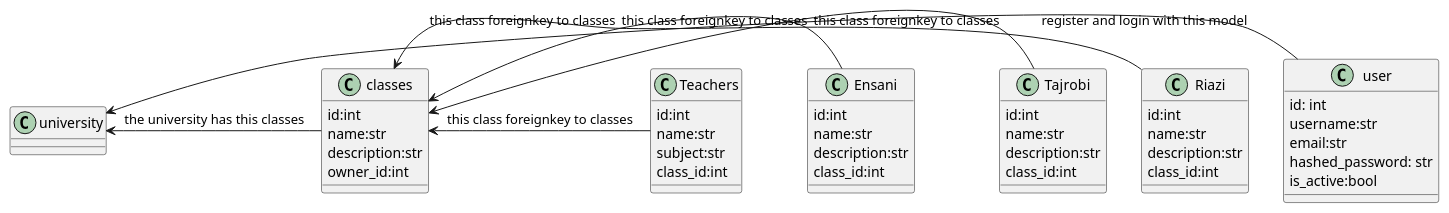
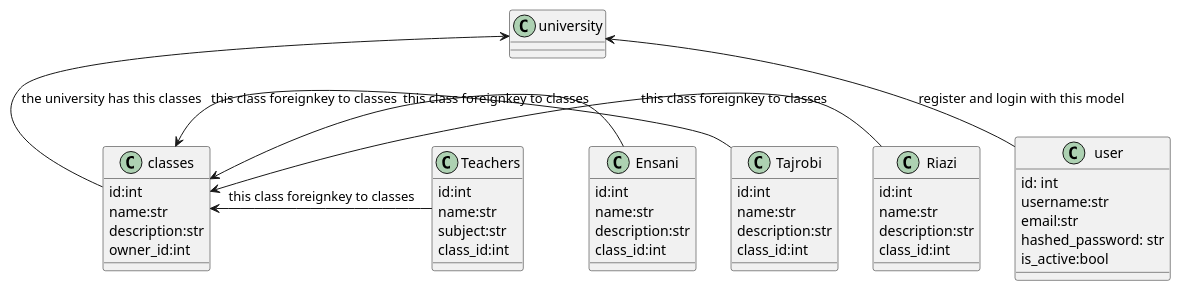
One commit to Ash-seah/university changed the diagram in university.plantuml. Above: the diagram before and after it, drawn with PlantUML. The commit also changed other lines of this file, not shown here.

Commit message:
update plantuml

```diff
--- a/university.plantuml
+++ b/university.plantuml
@@ -1,59 +1,59 @@
 @startuml
 
 class user{
     id: int
     username:str
     email:str
     hashed_password: str
     is_active:bool
 
 
 }
 class classes{
     id:int
     name:str
     description:str
     owner_id:int
 
 }
 
 class Riazi{
     id:int
     name:str
     description:str
     class_id:int
 
 }
 
 class Tajrobi{
     id:int
     name:str
     description:str
     class_id:int
     
 }
 class Ensani{
     id:int
     name:str
     description:str
     class_id:int
     
 }
 
 class Teachers{
     id:int
     name:str
     subject:str
     class_id:int
 
 }
 
-university <- user :register and login with this model
-university <- classes : the university has this classes
+university <-- user :register and login with this model
+university <-- classes : the university has this classes
 classes <- Riazi : this class foreignkey to classes
 classes <- Tajrobi : this class foreignkey to classes
 classes <- Ensani : this class foreignkey to classes
 classes <- Teachers : this class foreignkey to classes
 
 
 @enduml
```
